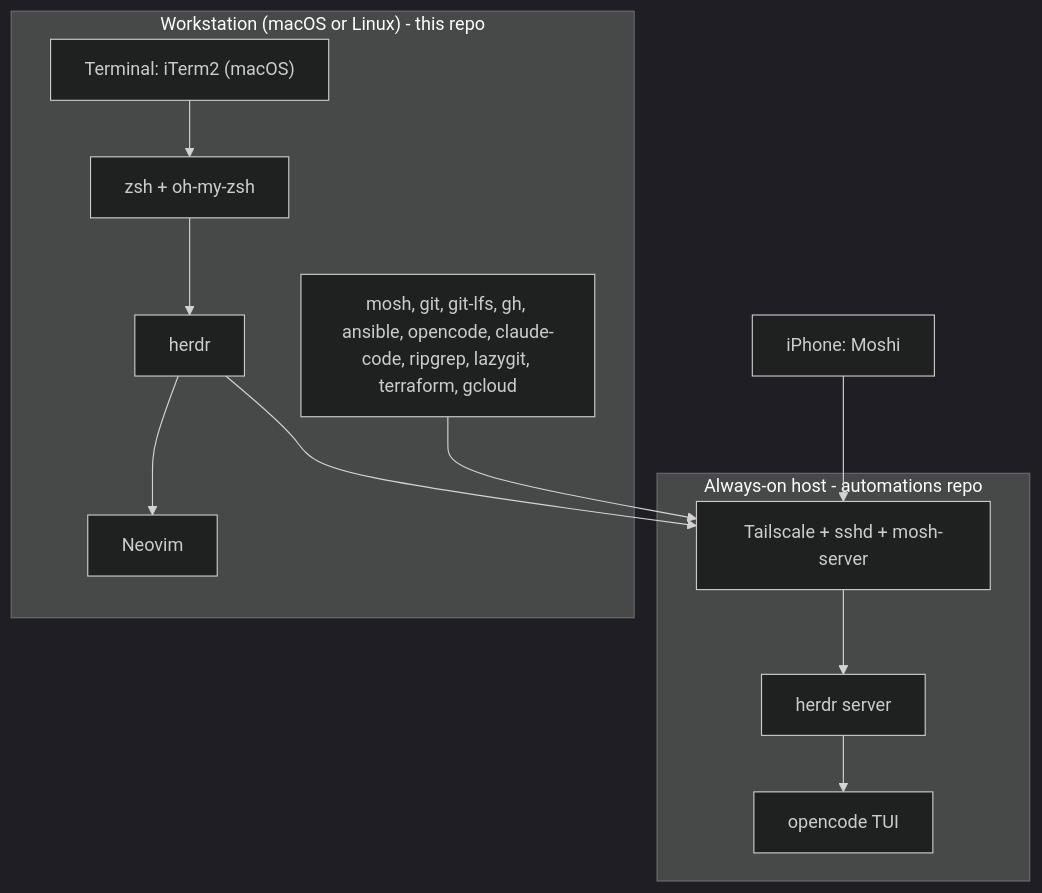
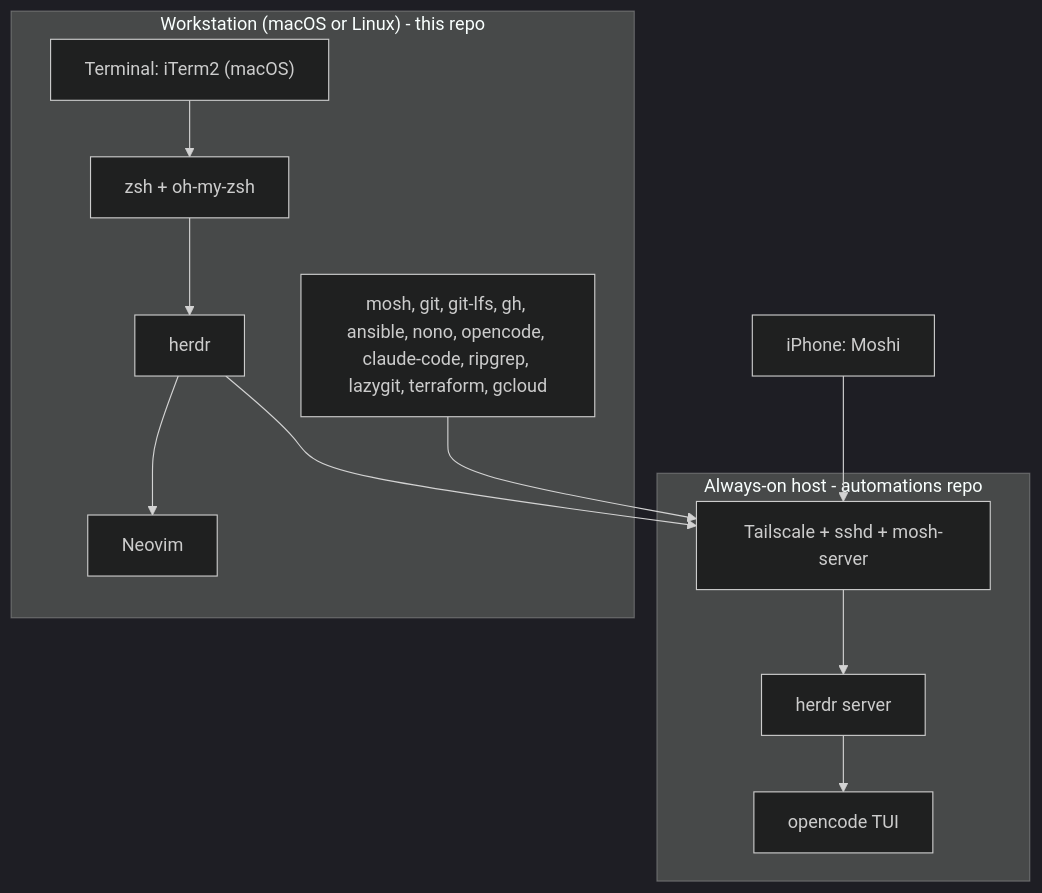
Before and after one commit to jkamenik/tui-ide: the diagram in docs/architecture.md, drawn with Mermaid (dark theme). The commit also changed other lines of this file and 3 other files, not shown here.

````diff
--- a/docs/architecture.md
+++ b/docs/architecture.md
@@ -21,26 +21,26 @@
 ```mermaid
 flowchart TB
     subgraph Workstation["Workstation (macOS or Linux) - this repo"]
         Term["Terminal: iTerm2 (macOS)"]
         Shell["zsh + oh-my-zsh"]
         Mux["herdr"]
         Edit["Neovim"]
-        Tools["mosh, git, git-lfs, gh, ansible, opencode, claude-code, ripgrep, lazygit, terraform, gcloud"]
+        Tools["mosh, git, git-lfs, gh, ansible, nono, opencode, claude-code, ripgrep, lazygit, terraform, gcloud"]
     end
 
     subgraph Remote["Always-on host - automations repo"]
         TSNet["Tailscale + sshd + mosh-server"]
         Hmux["herdr server"]
         Agent["opencode TUI"]
     end
 
     IOS["iPhone: Moshi"]
 
     Term --> Shell --> Mux
     Mux --> Edit
     Mux --> TSNet
     Tools --> TSNet
     IOS --> TSNet
     TSNet --> Hmux
     Hmux --> Agent
 ```
````
